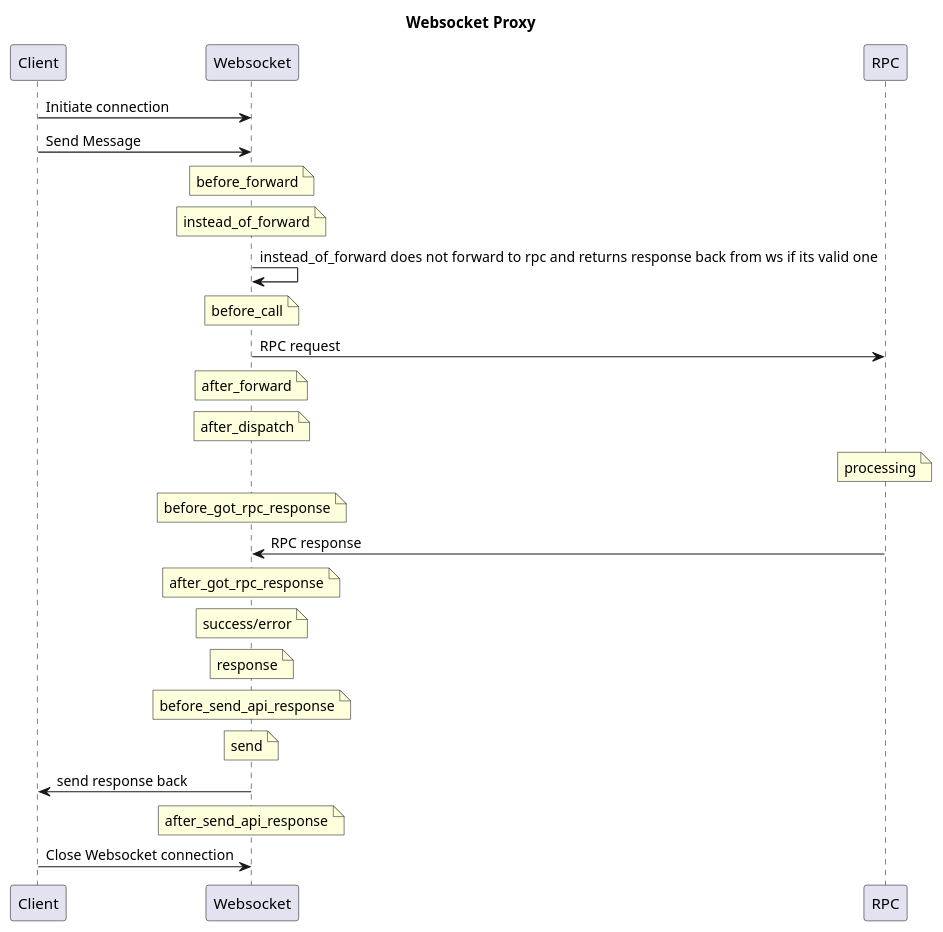
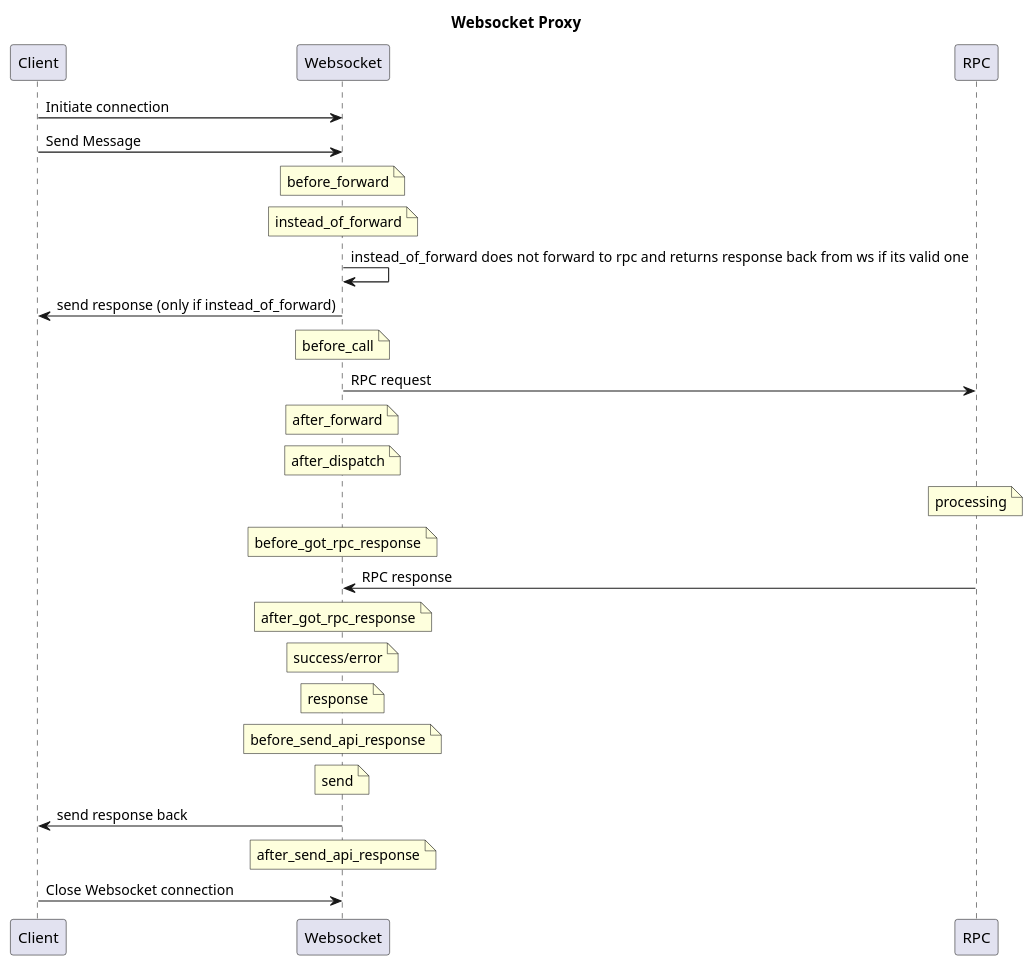
Before and after one commit to deriv-com/perl-Mojo-WebSocketProxy: the diagram in README.md, drawn with PlantUML. The commit also changed other lines of this file, not shown here.

Commit message:
relative link, fix missing link in sequence diagram

```diff
--- a/README.md
+++ b/README.md
@@ -110,38 +110,40 @@
 @startuml;
 title Websocket Proxy
 
 participant Client
 
 Client->Websocket:Initiate connection
 Client->Websocket:Send Message
 
 note over Websocket: before_forward
 note over Websocket: instead_of_forward
 
 Websocket->Websocket: instead_of_forward does not forward to rpc and returns response back from ws if its valid one
+
+Websocket->Client:send response (only if instead_of_forward)
 
 note over Websocket: before_call
 
 Websocket->RPC: RPC request
 
 note over Websocket: after_forward
 note over Websocket: after_dispatch
 
 note over RPC: processing
 
 note over Websocket: before_got_rpc_response
 
 RPC->Websocket: RPC response
 
 note over Websocket: after_got_rpc_response
 note over Websocket: success/error
 note over Websocket: response
 note over Websocket: before_send_api_response
 note over Websocket: send
 
 Websocket->Client:send response back
 
 note over Websocket: after_send_api_response
 
 Client->Websocket:Close Websocket connection
 @enduml
```
